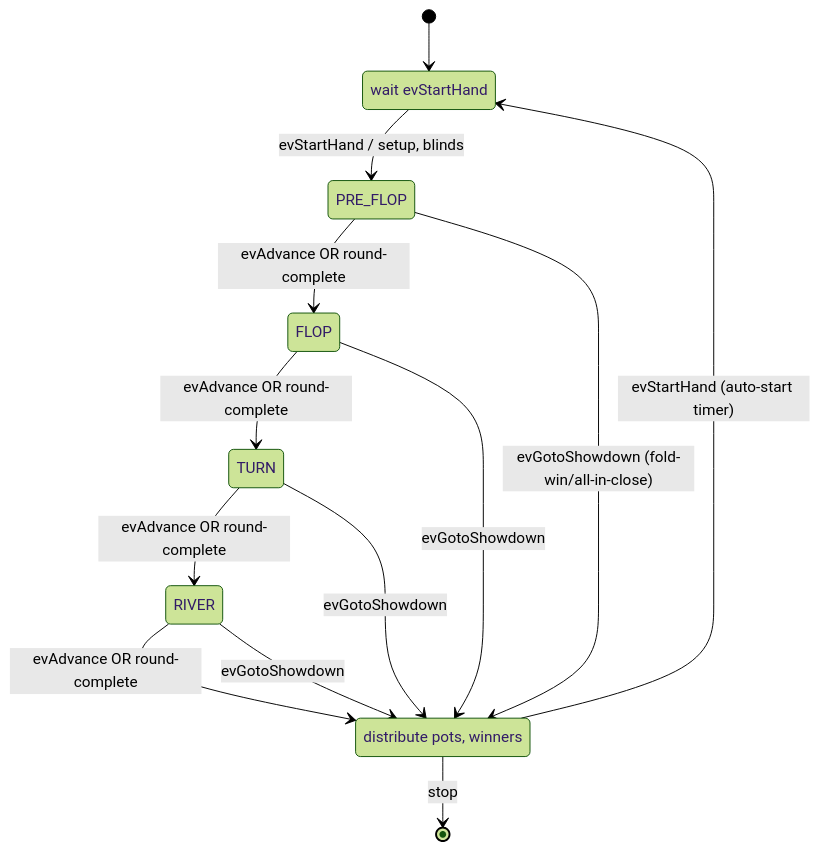
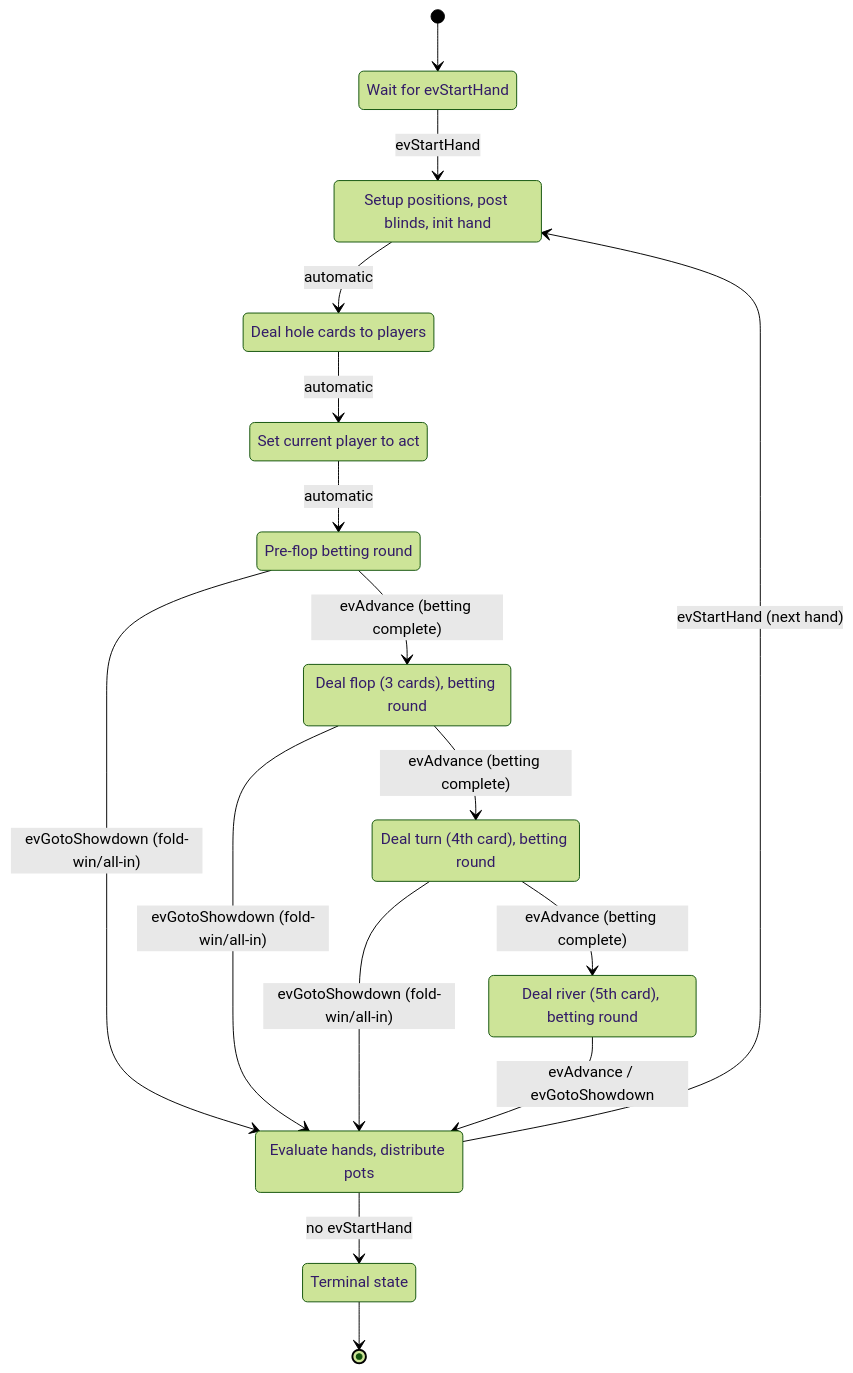
Before and after one commit to vctt94/dcrpoker: the third of 6 diagrams in docs/db.md, drawn with Mermaid (forest theme). The commit also changed other lines of this file and 1 other file, not shown here.

Commit message:
add more test, fix outdated mermaid diagrams

````diff
--- a/docs/db.md
+++ b/docs/db.md
@@ -128,21 +128,39 @@
 ```mermaid
-%% Game FSM — high-level phases (Rob Pike style)
+%% Game FSM — complete state flow with all intermediate states
 stateDiagram-v2
   [*] --> NEW_HAND_DEALING
 
-  NEW_HAND_DEALING: wait evStartHand
-  NEW_HAND_DEALING --> PRE_FLOP: evStartHand / setup, blinds
-  PRE_FLOP --> FLOP: evAdvance OR round-complete
-  FLOP --> TURN: evAdvance OR round-complete
-  TURN --> RIVER: evAdvance OR round-complete
-  RIVER --> SHOWDOWN: evAdvance OR round-complete
+  NEW_HAND_DEALING: Wait for evStartHand
+  NEW_HAND_DEALING --> PRE_DEAL: evStartHand
 
-  PRE_FLOP --> SHOWDOWN: evGotoShowdown (fold-win/all-in-close)
-  FLOP --> SHOWDOWN: evGotoShowdown
-  TURN --> SHOWDOWN: evGotoShowdown
-  RIVER --> SHOWDOWN: evGotoShowdown
+  PRE_DEAL: Setup positions, post blinds, init hand
+  PRE_DEAL --> DEAL: automatic
 
-  SHOWDOWN: distribute pots, winners
-  SHOWDOWN --> NEW_HAND_DEALING: evStartHand (auto-start timer)
-  SHOWDOWN --> [*]: stop
+  DEAL: Deal hole cards to players
+  DEAL --> BLINDS: automatic
+
+  BLINDS: Set current player to act
+  BLINDS --> PRE_FLOP: automatic
+
+  PRE_FLOP: Pre-flop betting round
+  PRE_FLOP --> FLOP: evAdvance (betting complete)
+  PRE_FLOP --> SHOWDOWN: evGotoShowdown (fold-win/all-in)
+
+  FLOP: Deal flop (3 cards), betting round
+  FLOP --> TURN: evAdvance (betting complete)
+  FLOP --> SHOWDOWN: evGotoShowdown (fold-win/all-in)
+
+  TURN: Deal turn (4th card), betting round
+  TURN --> RIVER: evAdvance (betting complete)
+  TURN --> SHOWDOWN: evGotoShowdown (fold-win/all-in)
+
+  RIVER: Deal river (5th card), betting round
+  RIVER --> SHOWDOWN: evAdvance / evGotoShowdown
+
+  SHOWDOWN: Evaluate hands, distribute pots
+  SHOWDOWN --> PRE_DEAL: evStartHand (next hand)
+  SHOWDOWN --> END: no evStartHand
+
+  END: Terminal state
+  END --> [*]
 ```
````
